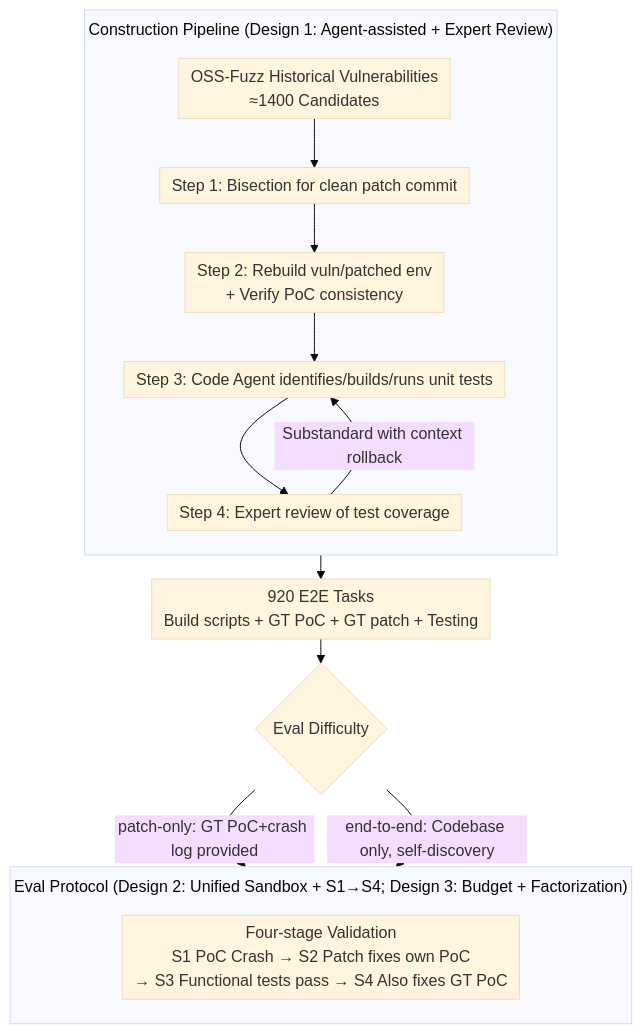
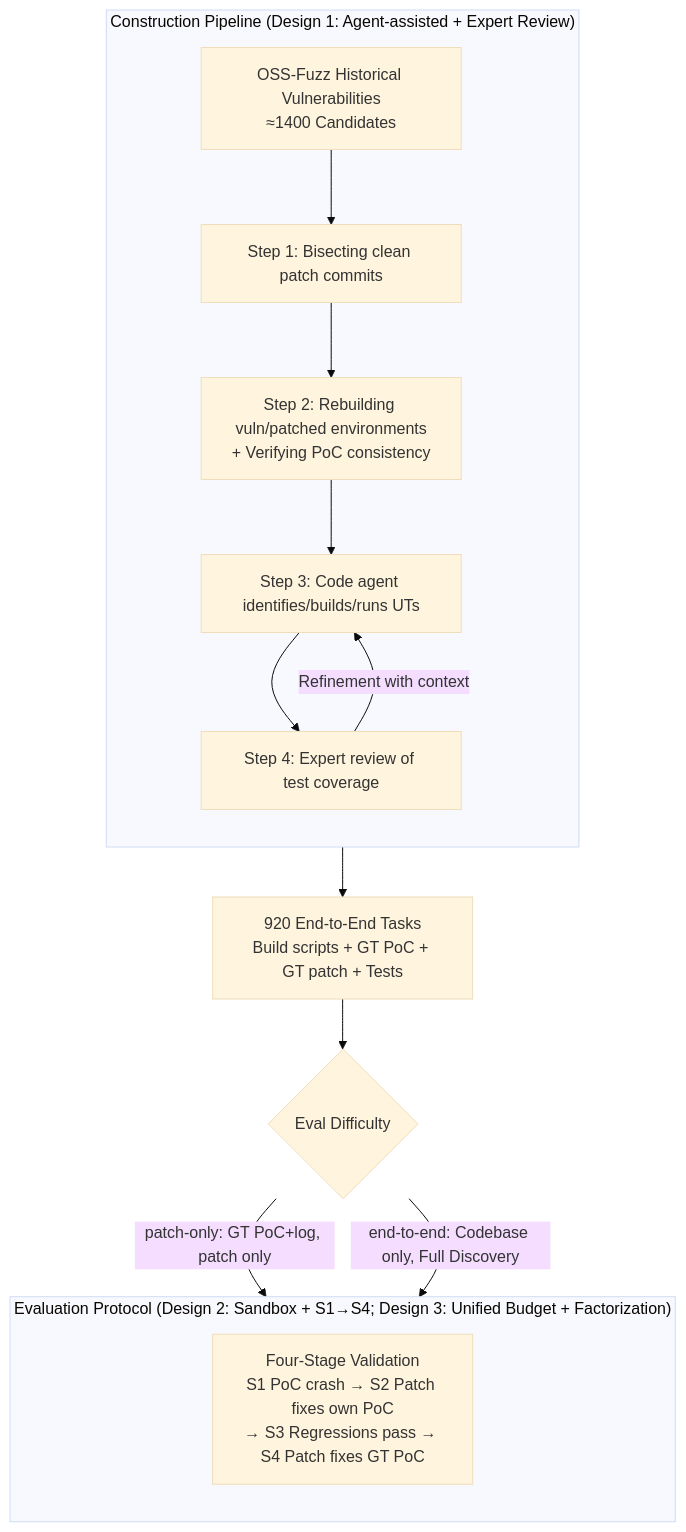
The diagram in docs/ICML2026/others/cybergym-e2e_scalable_real-world_benchmark_for_ai_agents_end-to-end_cybersecurit.md (zhaoyang97/Paper-Notes-en), drawn with Mermaid (base theme) before and after one commit. The commit also changed other lines of this file and 5084 other files, not shown here.

````diff
--- a/docs/ICML2026/others/cybergym-e2e_scalable_real-world_benchmark_for_ai_agents_end-to-end_cybersecurit.md
+++ b/docs/ICML2026/others/cybergym-e2e_scalable_real-world_benchmark_for_ai_agents_end-to-end_cybersecurit.md
@@ -47,21 +47,20 @@
 ```mermaid
-%%{init: {'flowchart': {'rankSpacing': 24, 'nodeSpacing': 28, 'padding': 6, 'wrappingWidth': 400, 'subGraphTitleMargin': {'top': 8, 'bottom': 16}}}}%%
-flowchart TD
+graph TD
     subgraph BUILD["Construction Pipeline (Design 1: Agent-assisted + Expert Review)"]
         direction TB
         D0["OSS-Fuzz Historical Vulnerabilities<br/>≈1400 Candidates"]
-        D0 --> S1B["Step 1: Bisection for clean patch commit"]
-        S1B --> S2B["Step 2: Rebuild vuln/patched env<br/>+ Verify PoC consistency"]
-        S2B --> S3B["Step 3: Code Agent identifies/builds/runs unit tests"]
+        D0 --> S1B["Step 1: Bisecting clean patch commits"]
+        S1B --> S2B["Step 2: Rebuilding vuln/patched environments<br/>+ Verifying PoC consistency"]
+        S2B --> S3B["Step 3: Code agent identifies/builds/runs UTs"]
         S3B --> S4B["Step 4: Expert review of test coverage"]
-        S4B -->|Substandard with context rollback| S3B
+        S4B -->|Refinement with context| S3B
     end
-    S4B --> TASK["920 E2E Tasks<br/>Build scripts + GT PoC + GT patch + Testing"]
+    S4B --> TASK["920 End-to-End Tasks<br/>Build scripts + GT PoC + GT patch + Tests"]
     TASK --> SETTING{"Eval Difficulty"}
-    SETTING -->|"patch-only: GT PoC+crash log provided"| V
-    SETTING -->|"end-to-end: Codebase only, self-discovery"| V
-    subgraph EVAL["Eval Protocol (Design 2: Unified Sandbox + S1→S4; Design 3: Budget + Factorization)"]
+    SETTING -->|"patch-only: GT PoC+log, patch only"| V
+    SETTING -->|"end-to-end: Codebase only, Full Discovery"| V
+    subgraph EVAL["Evaluation Protocol (Design 2: Sandbox + S1→S4; Design 3: Unified Budget + Factorization)"]
         direction TB
-        V["Four-stage Validation<br/>S1 PoC Crash → S2 Patch fixes own PoC<br/>→ S3 Functional tests pass → S4 Also fixes GT PoC"]
+        V["Four-Stage Validation<br/>S1 PoC crash → S2 Patch fixes own PoC<br/>→ S3 Regressions pass → S4 Patch fixes GT PoC"]
     end
 ```
````
